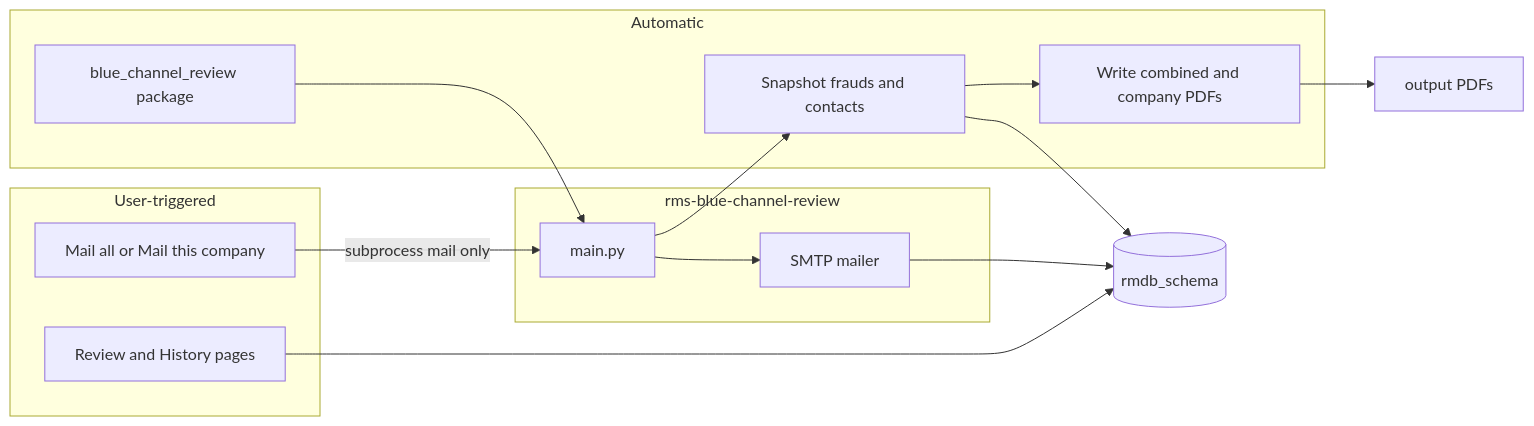
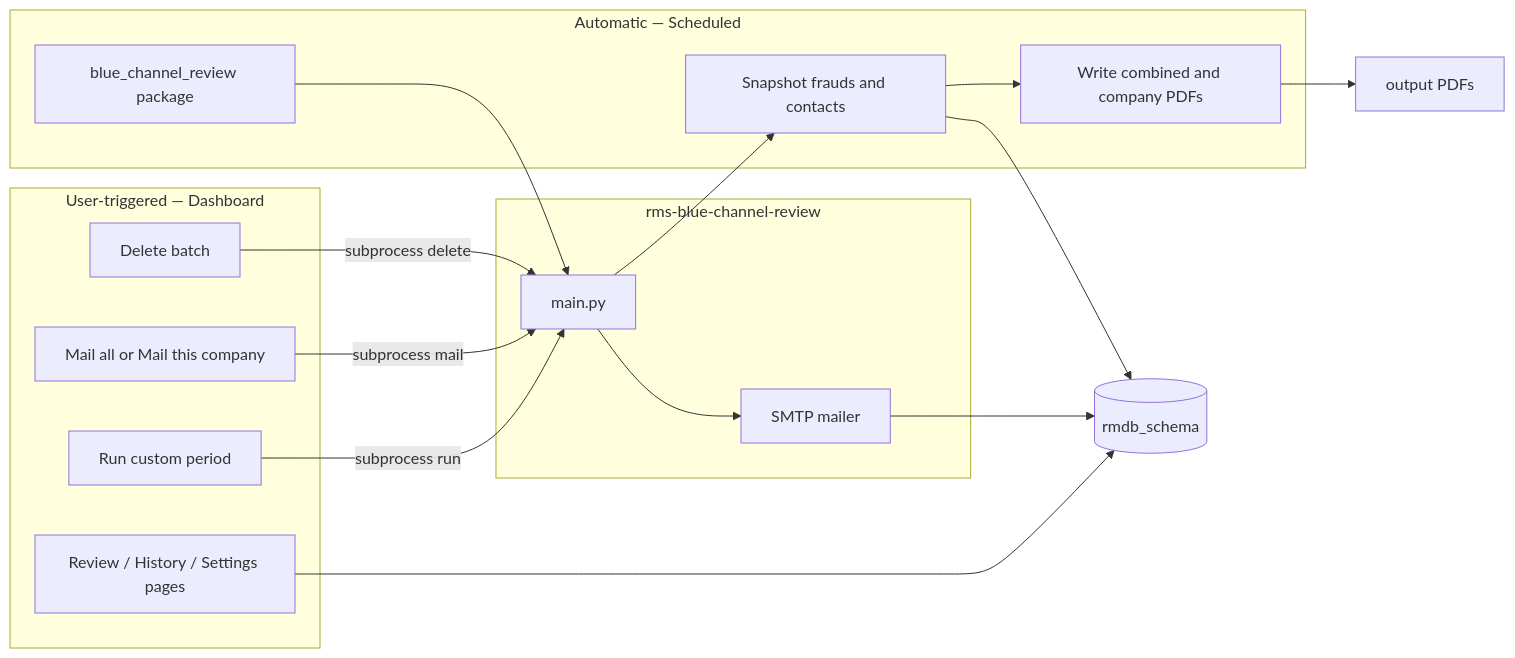
One commit to uvindu-perera/rms-docs changed the diagram in docs/rms-blue-channel-review.md. Above: the diagram before and after it, drawn with Mermaid. The commit also changed other lines of this file and 1 other file, not shown here.

Commit message:
Blue Channel Review

````diff
--- a/docs/rms-blue-channel-review.md
+++ b/docs/rms-blue-channel-review.md
@@ -22,27 +28,35 @@
 ```mermaid
 flowchart LR
-  subgraph sched [Automatic]
+  subgraph sched [Automatic — Scheduled]
     Pkg[blue_channel_review package]
     Snap[Snapshot frauds and contacts]
     PDF[Write combined and company PDFs]
   end
-  subgraph dash [User-triggered]
-    UI[Review and History pages]
+
+  subgraph dash [User-triggered — Dashboard]
+    UI[Review / History / Settings pages]
     MailBtn[Mail all or Mail this company]
+    RunBtn[Run custom period]
+    DelBtn[Delete batch]
   end
+
   subgraph app [rms-blue-channel-review]
     CLI[main.py]
     Mail[SMTP mailer]
   end
+
   RMDB[(rmdb_schema)]
   Out[output PDFs]
+
   Pkg --> CLI
   CLI --> Snap
   Snap --> RMDB
   Snap --> PDF
   PDF --> Out
   UI --> RMDB
-  MailBtn -->|"subprocess mail only"| CLI
+  RunBtn -->|subprocess run| CLI
+  MailBtn -->|subprocess mail| CLI
+  DelBtn -->|subprocess delete| CLI
   CLI --> Mail
   Mail --> RMDB
 ```
````
